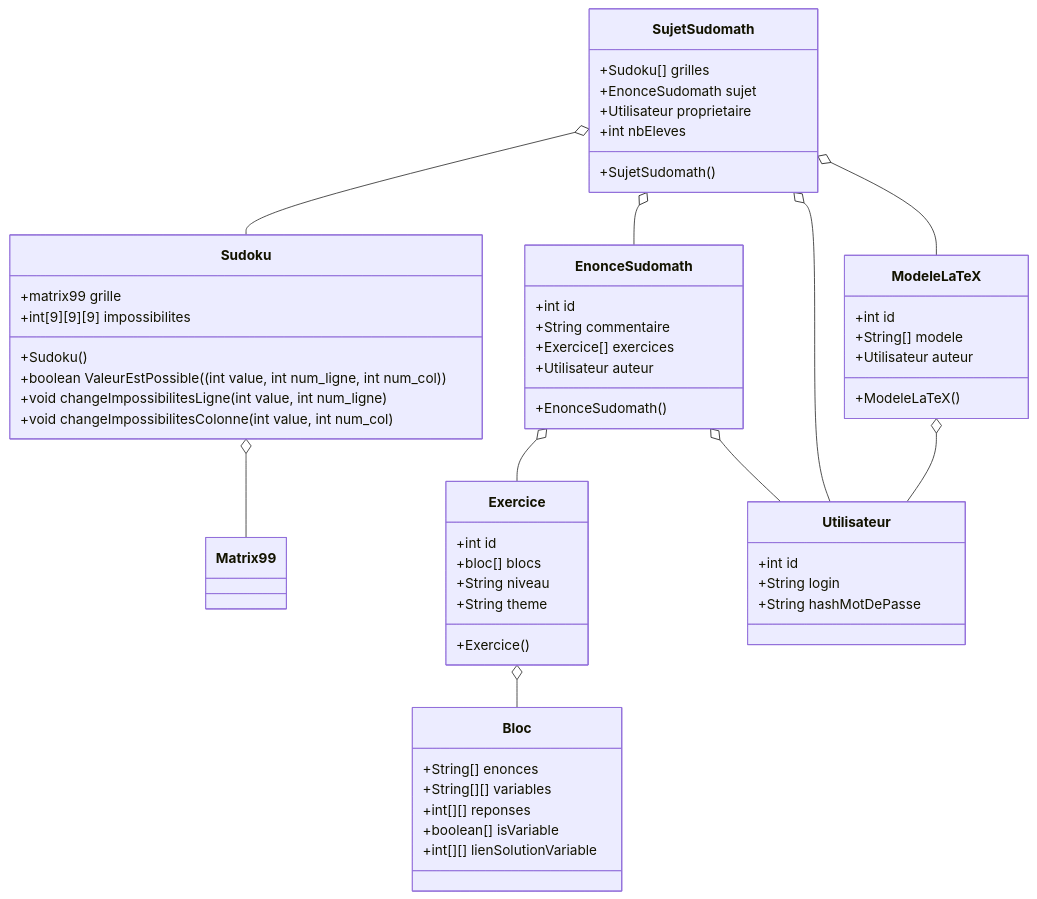
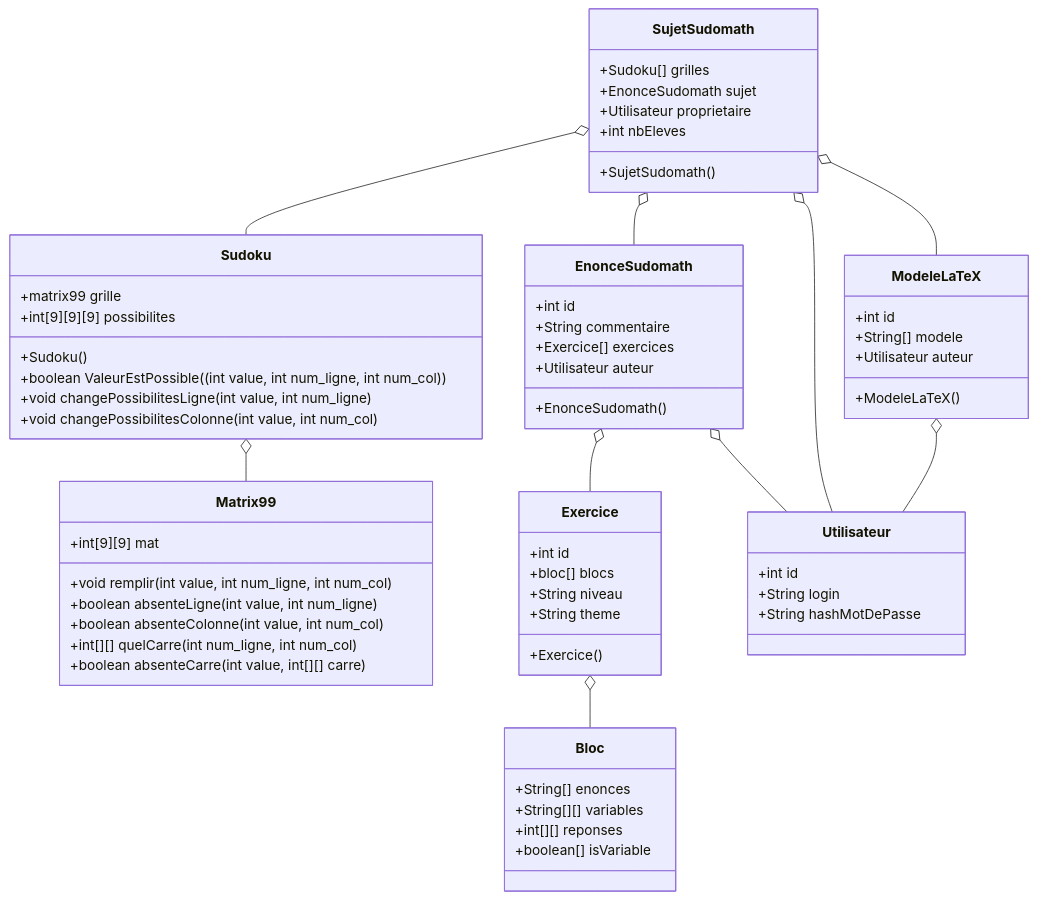
The first of 2 diagrams in modelisation.md (ndebarle/SudoMath), drawn with Mermaid before and after one commit.

Commit message:
Diagramme de classe again

````diff
--- a/modelisation.md
+++ b/modelisation.md
@@ -3,55 +3,60 @@
 ```mermaid
     classDiagram
     class Sudoku
     Sudoku : +matrix99 grille
-    Sudoku : +int[9][9][9] impossibilites
+    Sudoku : +int[9][9][9] possibilites
     Sudoku : +Sudoku()
     Sudoku : +boolean ValeurEstPossible((int value, int num_ligne, int num_col))
-    Sudoku : +void changeImpossibilitesLigne(int value, int num_ligne)
-    Sudoku : +void changeImpossibilitesColonne(int value, int num_col)
+    Sudoku : +void changePossibilitesLigne(int value, int num_ligne)
+    Sudoku : +void changePossibilitesColonne(int value, int num_col)
     
     class Matrix99
+    Matrix99 : +int[9][9] mat
+    Matrix99 : +void remplir(int value, int num_ligne, int num_col)
+    Matrix99 : +boolean absenteLigne(int value, int num_ligne)
+    Matrix99 : +boolean absenteColonne(int value, int num_col)
+    Matrix99 : +int[][] quelCarre(int num_ligne, int num_col)
+    Matrix99 : +boolean absenteCarre(int value, int[][] carre)
     Sudoku o-- Matrix99
     class EnonceSudomath
     EnonceSudomath : +int id
     EnonceSudomath : +String commentaire
     EnonceSudomath : +Exercice[] exercices
     EnonceSudomath : +Utilisateur auteur
     EnonceSudomath : +EnonceSudomath()
     class Bloc
     Exercice o-- Bloc
     Bloc : +String[] enonces
     Bloc : +String[][] variables
     Bloc : +int[][] reponses
     Bloc : +boolean[] isVariable
-    Bloc : +int[][] lienSolutionVariable
     class Exercice
     Exercice : +int id
     Exercice : +bloc[] blocs
     Exercice : +String niveau
     Exercice : +String theme
     Exercice : +Exercice()
     EnonceSudomath o-- Exercice
     SujetSudomath o-- ModeleLaTeX
     EnonceSudomath o-- Utilisateur
     class Utilisateur
     Utilisateur : +int id
     Utilisateur : +String login
     Utilisateur : +String hashMotDePasse
     class SujetSudomath
     SujetSudomath : +Sudoku[] grilles
     SujetSudomath : +EnonceSudomath sujet
     SujetSudomath : +Utilisateur proprietaire
     SujetSudomath : +int nbEleves
     SujetSudomath : +SujetSudomath()
     SujetSudomath o-- Sudoku
     SujetSudomath o-- EnonceSudomath
     SujetSudomath o-- Utilisateur
     class ModeleLaTeX
     ModeleLaTeX : +int id
     ModeleLaTeX : +String[] modele
     ModeleLaTeX : +Utilisateur auteur
     ModeleLaTeX : +ModeleLaTeX()
     ModeleLaTeX o-- Utilisateur
 
 ```
````
